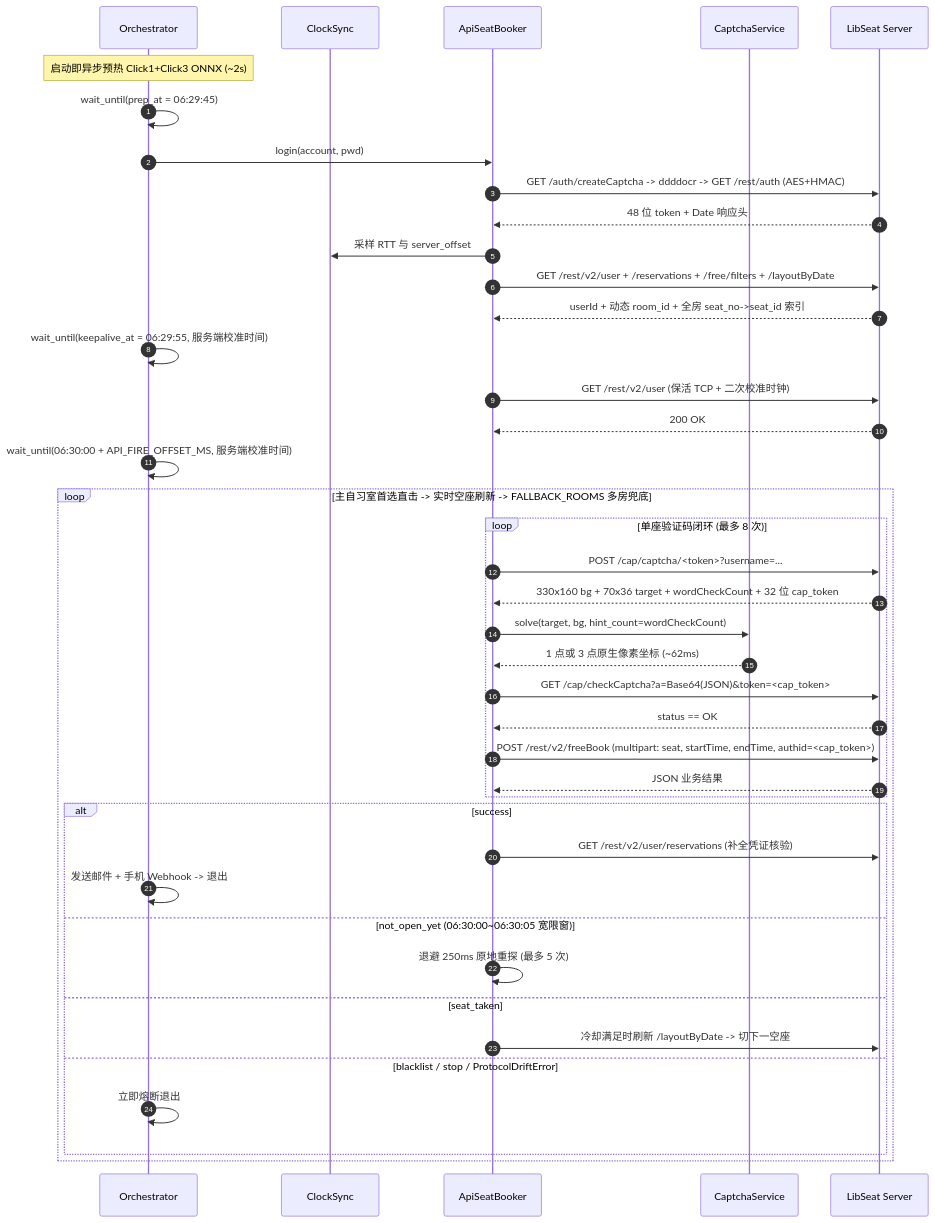
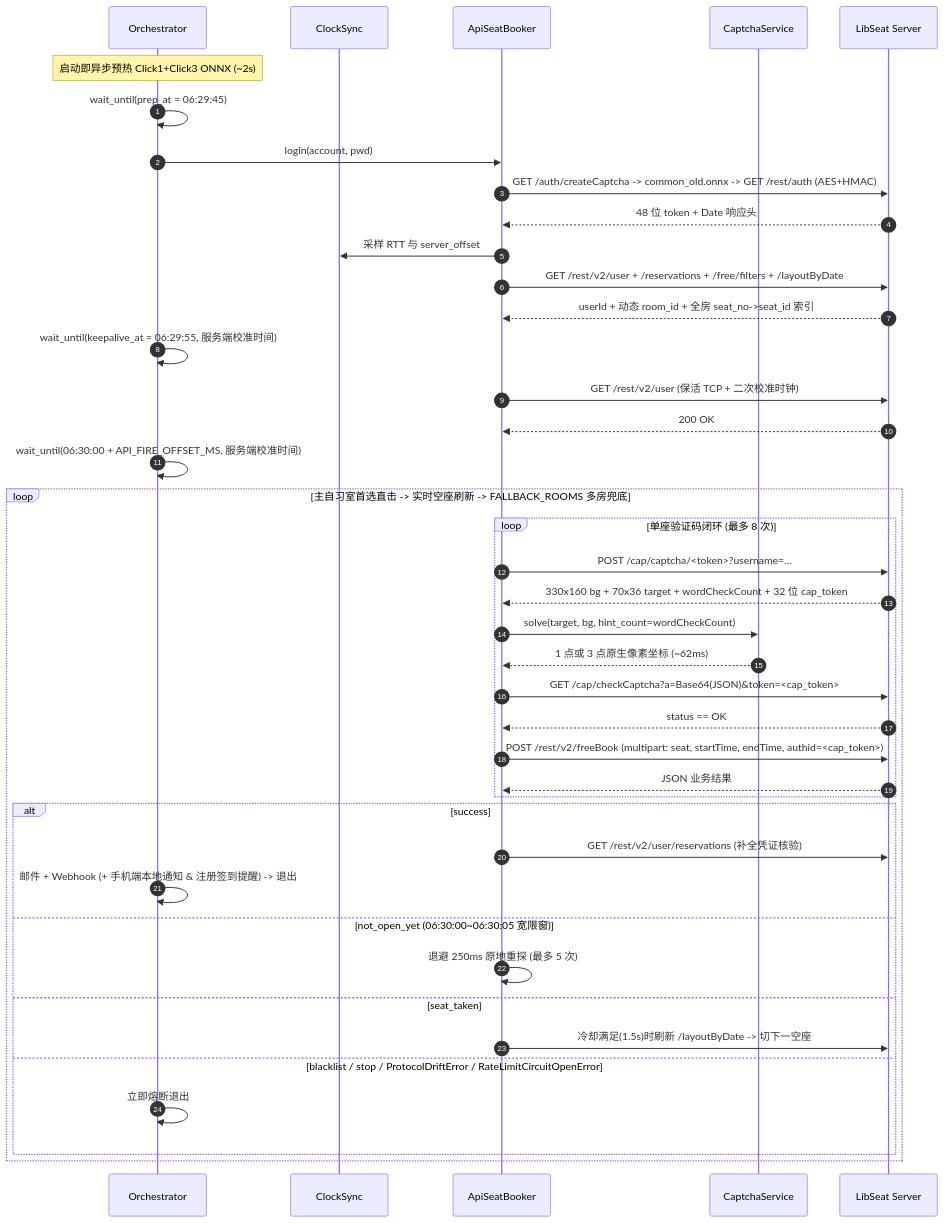
Before and after one commit to xunrana/LNU-LibSeat-Automation: the third of 3 diagrams in docs/ARCHITECTURE.md, drawn with Mermaid. The commit also changed other lines of this file and 33 other files, not shown here.

````diff
--- a/docs/ARCHITECTURE.md
+++ b/docs/ARCHITECTURE.md
@@ -106,47 +141,47 @@
 ```mermaid
 sequenceDiagram
     autonumber
     participant O as Orchestrator
     participant C as ClockSync
     participant B as ApiSeatBooker
     participant M as CaptchaService
     participant S as LibSeat Server
 
     Note over O: 启动即异步预热 Click1+Click3 ONNX (~2s)
     O->>O: wait_until(prep_at = 06:29:45)
     O->>B: login(account, pwd)
-    B->>S: GET /auth/createCaptcha -> ddddocr -> GET /rest/auth (AES+HMAC)
+    B->>S: GET /auth/createCaptcha -> common_old.onnx -> GET /rest/auth (AES+HMAC)
     S-->>B: 48 位 token + Date 响应头
     B->>C: 采样 RTT 与 server_offset
     B->>S: GET /rest/v2/user + /reservations + /free/filters + /layoutByDate
     S-->>B: userId + 动态 room_id + 全房 seat_no->seat_id 索引
 
     O->>O: wait_until(keepalive_at = 06:29:55, 服务端校准时间)
     B->>S: GET /rest/v2/user (保活 TCP + 二次校准时钟)
     S-->>B: 200 OK
 
     O->>O: wait_until(06:30:00 + API_FIRE_OFFSET_MS, 服务端校准时间)
 
     loop 主自习室首选直击 -> 实时空座刷新 -> FALLBACK_ROOMS 多房兜底
         loop 单座验证码闭环 (最多 8 次)
             B->>S: POST /cap/captcha/<token>?username=...
             S-->>B: 330x160 bg + 70x36 target + wordCheckCount + 32 位 cap_token
             B->>M: solve(target, bg, hint_count=wordCheckCount)
             M-->>B: 1 点或 3 点原生像素坐标 (~62ms)
             B->>S: GET /cap/checkCaptcha?a=Base64(JSON)&token=<cap_token>
             S-->>B: status == OK
             B->>S: POST /rest/v2/freeBook (multipart: seat, startTime, endTime, authid=<cap_token>)
             S-->>B: JSON 业务结果
         end
         alt success
             B->>S: GET /rest/v2/user/reservations (补全凭证核验)
-            O->>O: 发送邮件 + 手机 Webhook -> 退出
+            O->>O: 邮件 + Webhook (+ 手机端本地通知 & 注册签到提醒) -> 退出
         else not_open_yet (06:30:00~06:30:05 宽限窗)
             B->>B: 退避 250ms 原地重探 (最多 5 次)
         else seat_taken
-            B->>S: 冷却满足时刷新 /layoutByDate -> 切下一空座
-        else blacklist / stop / ProtocolDriftError
+            B->>S: 冷却满足(1.5s)时刷新 /layoutByDate -> 切下一空座
+        else blacklist / stop / ProtocolDriftError / RateLimitCircuitOpenError
             O->>O: 立即熔断退出
         end
     end
 ```
````
